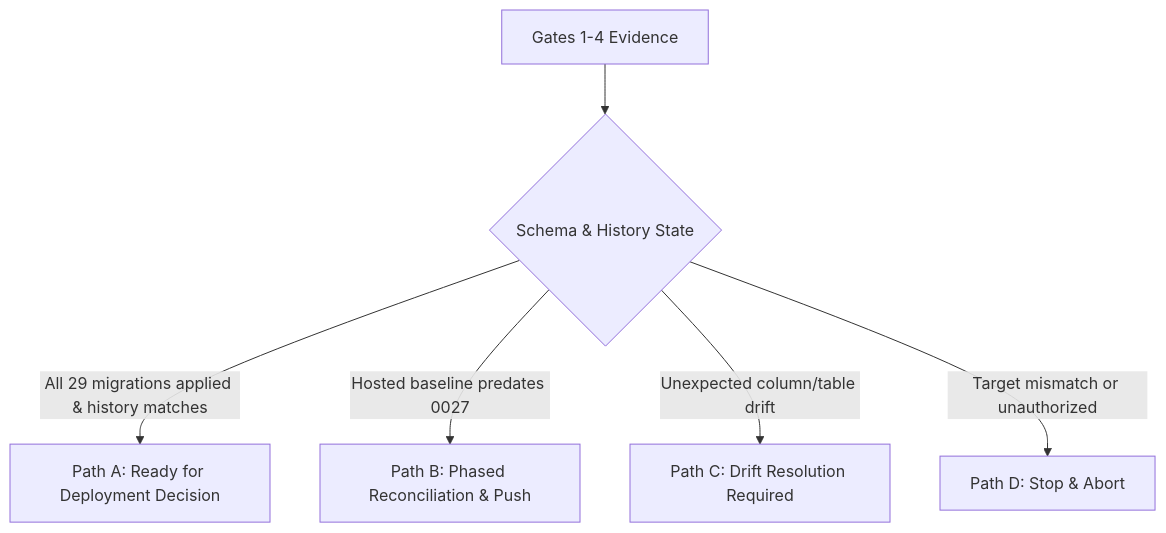
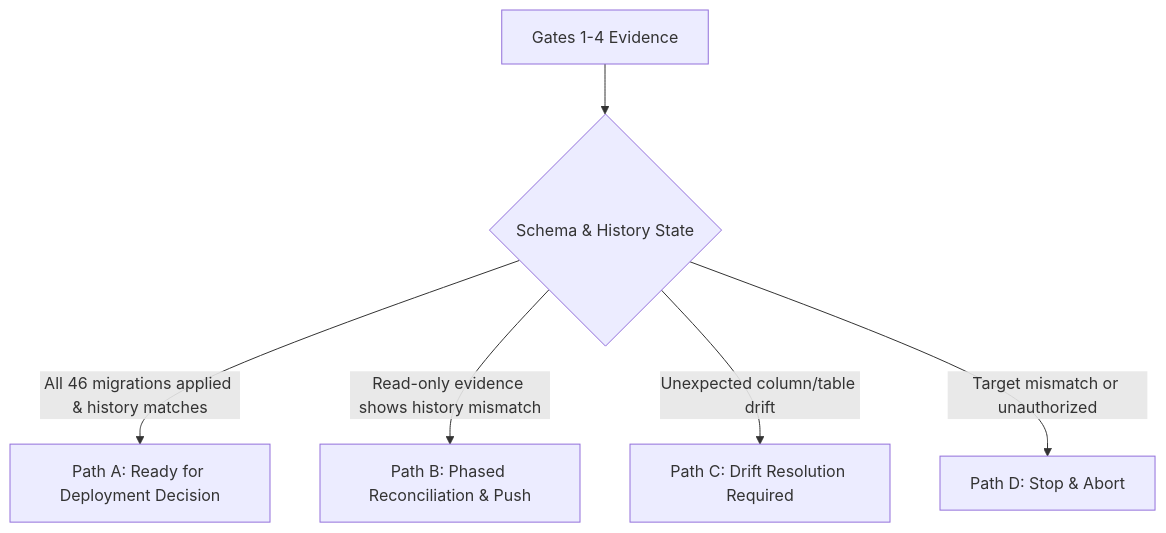
Before and after one commit to acmis1/capstone-impact-platform: the diagram in infra/supabase/staging-reconciliation-runbook.md, drawn with Mermaid. The commit also changed other lines of this file and 17 other files, not shown here.

````diff
--- a/infra/supabase/staging-reconciliation-runbook.md
+++ b/infra/supabase/staging-reconciliation-runbook.md
@@ -145,8 +165,8 @@
 ```mermaid
 flowchart TD
     G[Gates 1-4 Evidence] --> C{Schema & History State}
-    C -->|All 29 migrations applied & history matches| PA[Path A: Ready for Deployment Decision]
-    C -->|Hosted baseline predates 0027| PB[Path B: Phased Reconciliation & Push]
+    C -->|All 46 migrations applied & history matches| PA[Path A: Ready for Deployment Decision]
+    C -->|Read-only evidence shows history mismatch| PB[Path B: Phased Reconciliation & Push]
     C -->|Unexpected column/table drift| PC[Path C: Drift Resolution Required]
     C -->|Target mismatch or unauthorized| PD[Path D: Stop & Abort]
 ```
````
